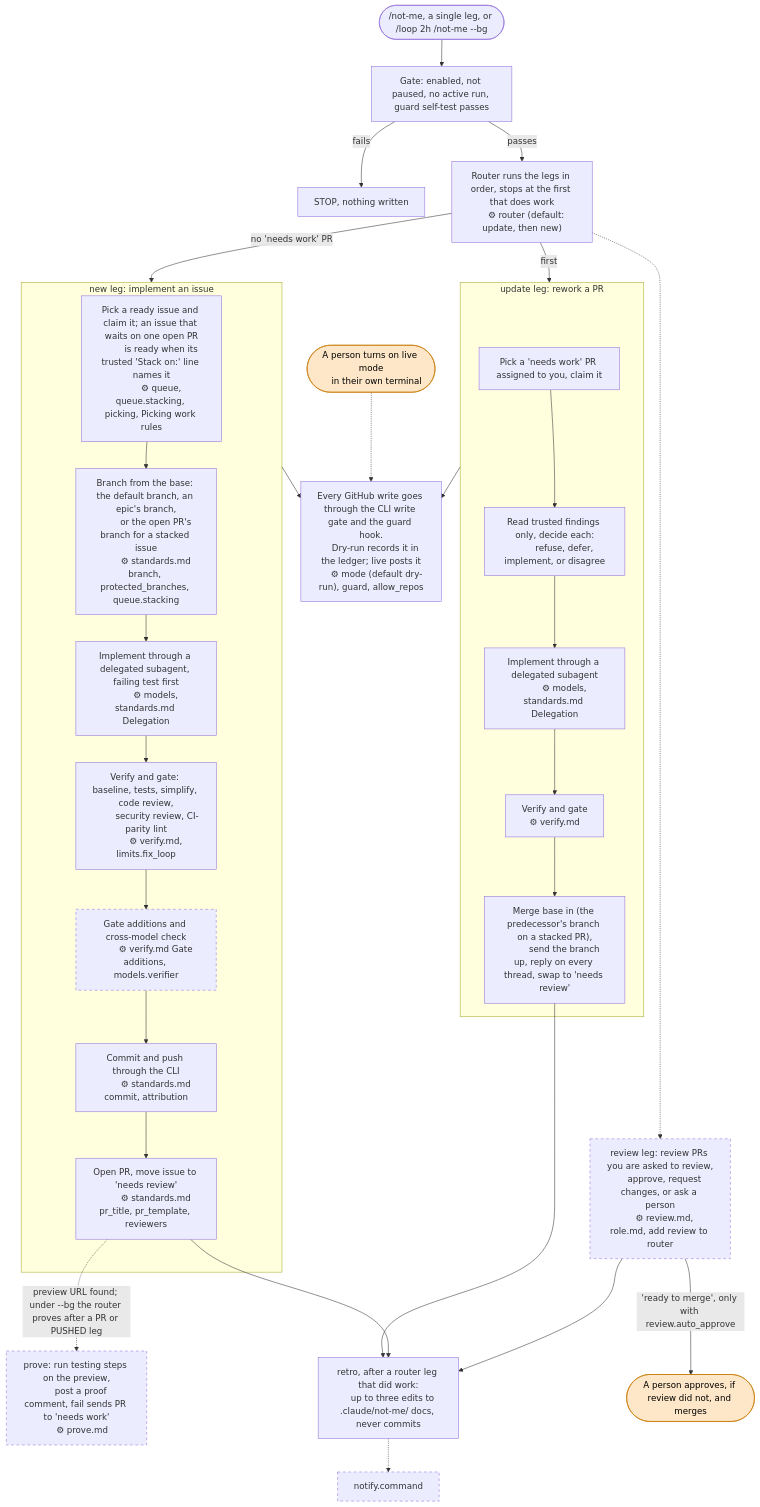
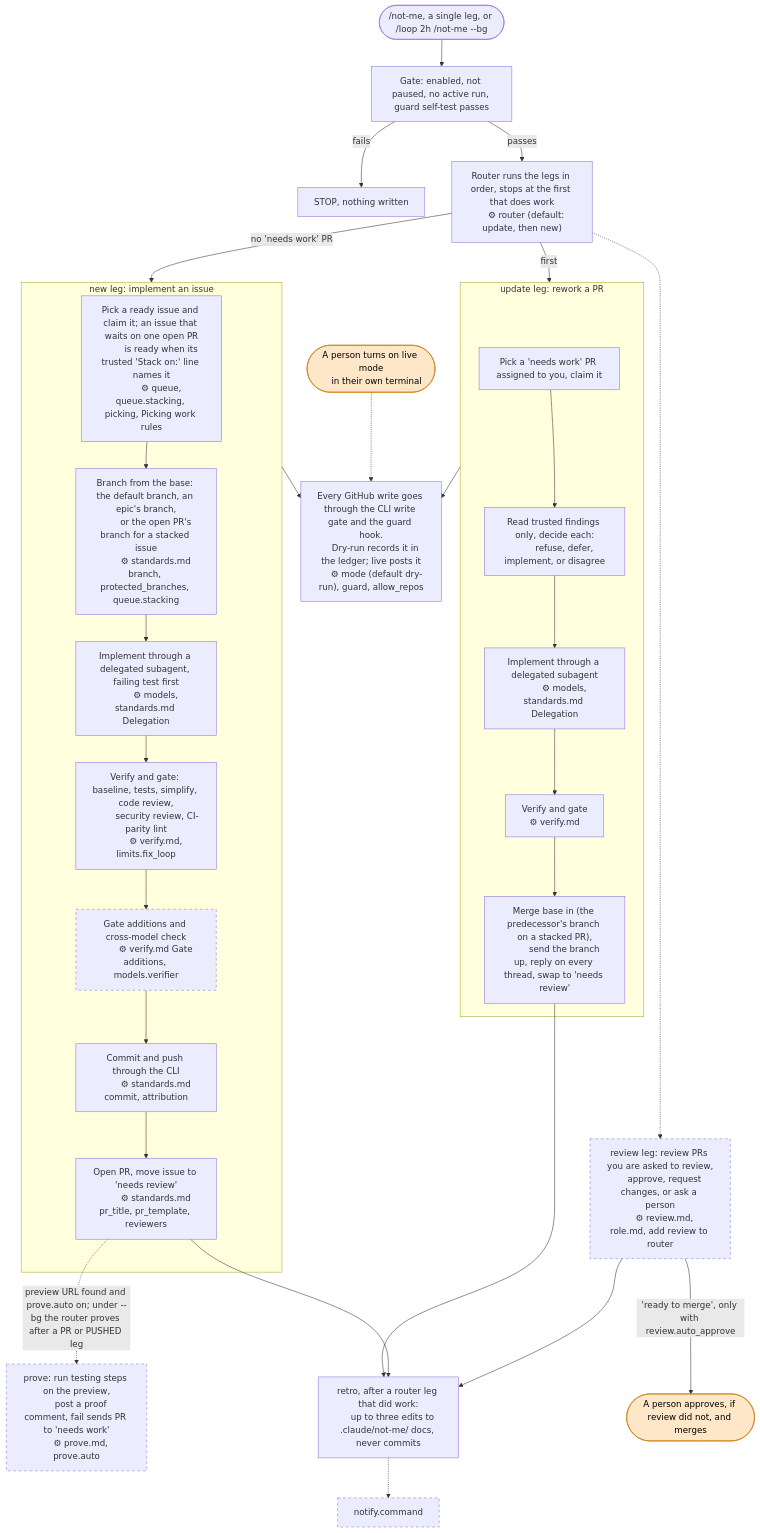
Before and after one commit to dblanken-yale/not-me: the diagram in README.md, drawn with Mermaid. The commit also changed 10 other files, not shown here.

First line of the commit message:
feat(93): prove.auto setting turns automatic proof off

````diff
--- a/README.md
+++ b/README.md
@@ -42,81 +42,81 @@
 ```mermaid
 flowchart TD
     trigger(["/not-me, a single leg, or /loop 2h /not-me --bg"])
     gate["Gate: enabled, not paused, no active run, guard self-test passes"]
     stopped["STOP, nothing written"]
     router["Router runs the legs in order, stops at the first that does work
     ⚙ router (default: update, then new)"]
 
     trigger --> gate
     gate -- fails --> stopped
     gate -- passes --> router
 
     subgraph update ["update leg: rework a PR"]
         u1["Pick a 'needs work' PR assigned to you, claim it"]
         u2["Read trusted findings only, decide each:
         refuse, defer, implement, or disagree"]
         u3["Implement through a delegated subagent
         ⚙ models, standards.md Delegation"]
         u4["Verify and gate
         ⚙ verify.md"]
         u5["Merge base in (the predecessor's branch on a stacked PR),
         send the branch up, reply on every thread, swap to 'needs review'"]
         u1 --> u2 --> u3 --> u4 --> u5
     end
 
     subgraph new ["new leg: implement an issue"]
         n1["Pick a ready issue and claim it; an issue that waits on one open PR
         is ready when its trusted 'Stack on:' line names it
         ⚙ queue, queue.stacking, picking, Picking work rules"]
         n2["Branch from the base: the default branch, an epic's branch,
         or the open PR's branch for a stacked issue
         ⚙ standards.md branch, protected_branches, queue.stacking"]
         n3["Implement through a delegated subagent, failing test first
         ⚙ models, standards.md Delegation"]
         n4["Verify and gate: baseline, tests, simplify, code review,
         security review, CI-parity lint
         ⚙ verify.md, limits.fix_loop"]
         n4b["Gate additions and cross-model check
         ⚙ verify.md Gate additions, models.verifier"]
         n5["Commit and push through the CLI
         ⚙ standards.md commit, attribution"]
         n6["Open PR, move issue to 'needs review'
         ⚙ standards.md pr_title, pr_template, reviewers"]
         n1 --> n2 --> n3 --> n4 --> n4b --> n5 --> n6
     end
 
     router -- "first" --> update
     router -- "no 'needs work' PR" --> new
 
     review["review leg: review PRs you are asked to review,
     approve, request changes, or ask a person
     ⚙ review.md, role.md, add review to router"]
     prove["prove: run testing steps on the preview,
     post a proof comment, fail sends PR to 'needs work'
-    ⚙ prove.md"]
+    ⚙ prove.md, prove.auto"]
     retro["retro, after a router leg that did work:
     up to three edits to .claude/not-me/ docs, never commits"]
     notify["notify.command"]
     writes["Every GitHub write goes through the CLI write gate and the guard hook.
     Dry-run records it in the ledger; live posts it
     ⚙ mode (default dry-run), guard, allow_repos"]
     live(["A person turns on live mode
     in their own terminal"])
     merge(["A person approves, if review did not, and merges"])
 
     router -.-> review
-    n6 -. "preview URL found; under --bg the router proves after a PR or PUSHED leg" .-> prove
+    n6 -. "preview URL found and prove.auto on; under --bg the router proves after a PR or PUSHED leg" .-> prove
     u5 --> retro
     n6 --> retro
     review --> retro
     retro -.-> notify
     update --> writes
     new --> writes
     live -.-> writes
     review -- "'ready to merge', only with review.auto_approve" --> merge
 
     classDef optional stroke-dasharray: 5 5
     classDef person fill:#fde7c8,stroke:#c77700,color:#000
     class review,prove,notify,n4b optional
     class live,merge person
 ```
````
